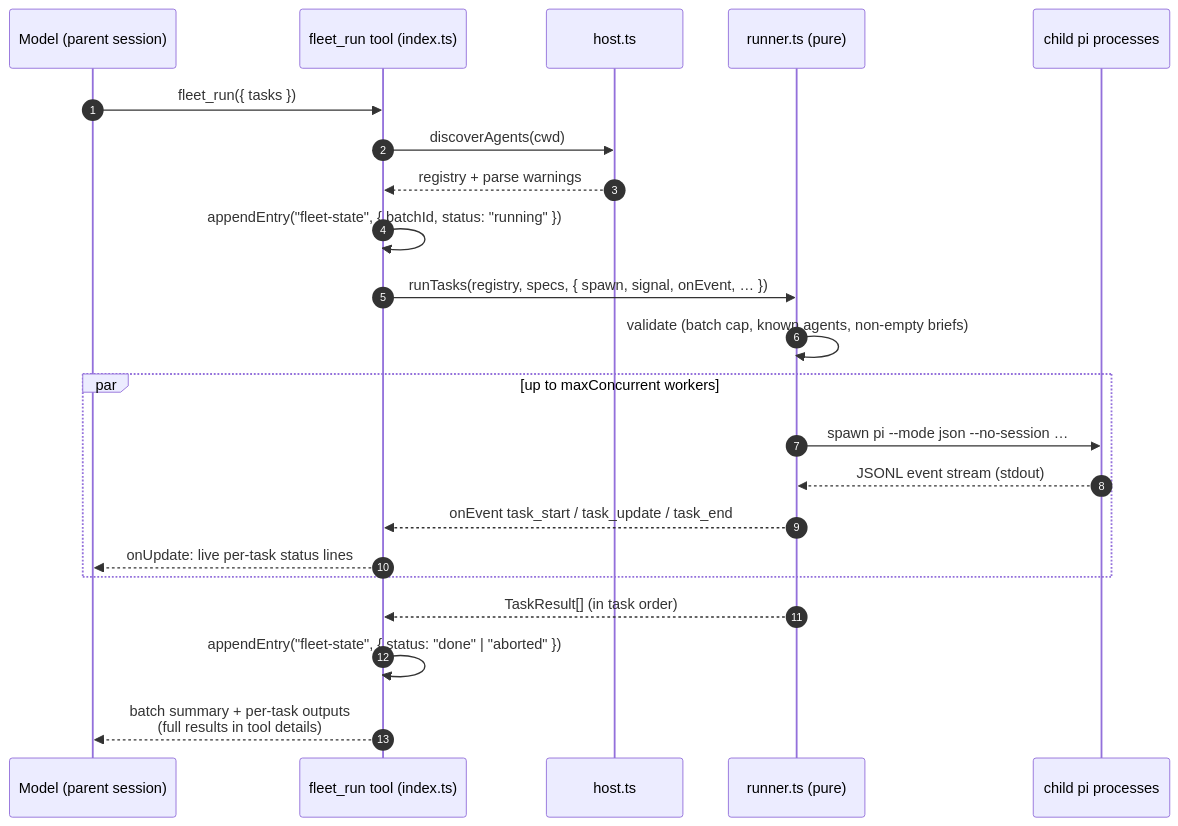
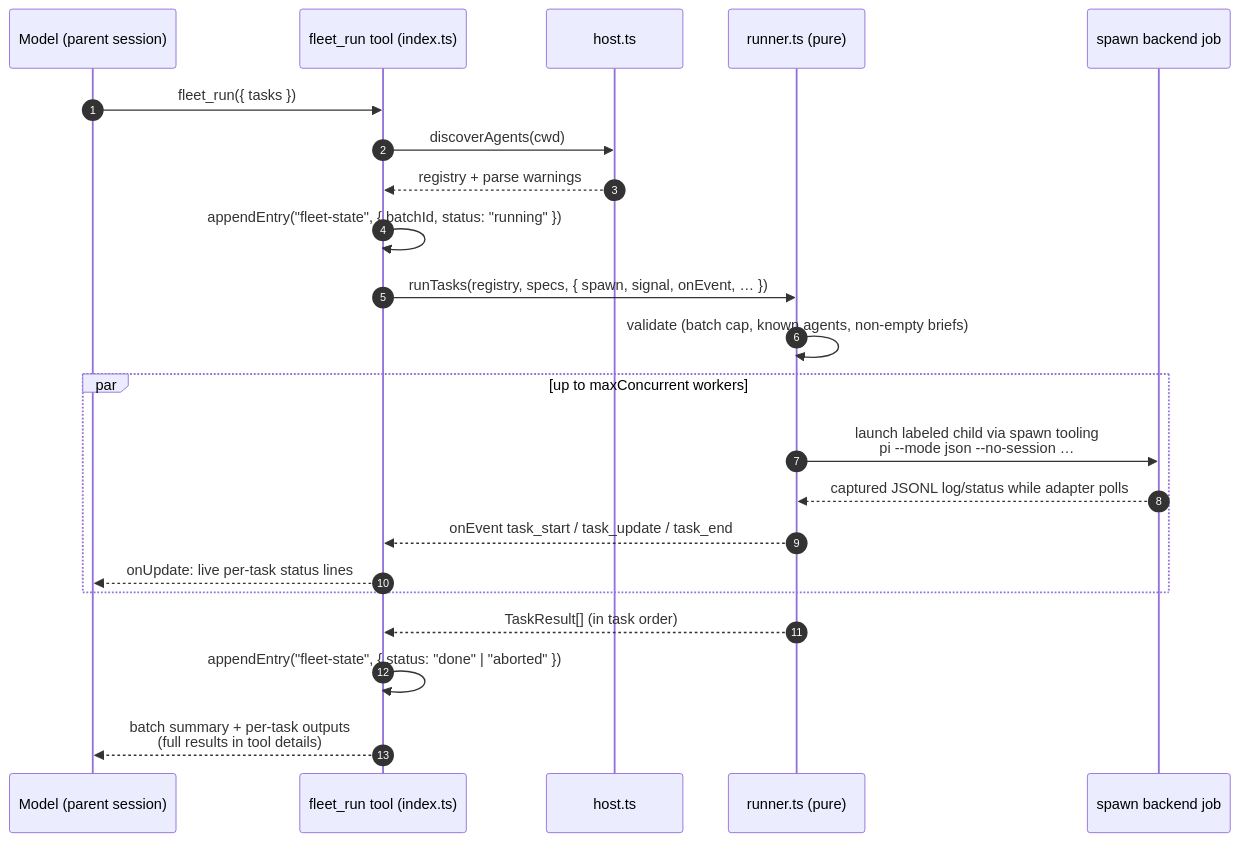
Before and after one commit to ulvestuen/pi-kit: the third of 10 diagrams in docs/fleet-architecture.md, drawn with Mermaid. The commit also changed other lines of this file and 20 other files, not shown here.

````diff
--- a/docs/fleet-architecture.md
+++ b/docs/fleet-architecture.md
@@ -127,27 +129,27 @@
 ```mermaid
 sequenceDiagram
     autonumber
     participant M as Model (parent session)
     participant T as fleet_run tool (index.ts)
     participant H as host.ts
     participant R as runner.ts (pure)
-    participant P as child pi processes
+    participant S as spawn backend job
 
     M->>T: fleet_run({ tasks })
     T->>H: discoverAgents(cwd)
     H-->>T: registry + parse warnings
     T->>T: appendEntry("fleet-state", { batchId, status: "running" })
     T->>R: runTasks(registry, specs, { spawn, signal, onEvent, … })
     R->>R: validate (batch cap, known agents, non-empty briefs)
 
     par up to maxConcurrent workers
-        R->>P: spawn pi --mode json --no-session …
-        P-->>R: JSONL event stream (stdout)
+        R->>S: launch labeled child via spawn tooling<br/>pi --mode json --no-session …
+        S-->>R: captured JSONL log/status while adapter polls
         R-->>T: onEvent task_start / task_update / task_end
         T-->>M: onUpdate: live per-task status lines
     end
 
     R-->>T: TaskResult[] (in task order)
     T->>T: appendEntry("fleet-state", { status: "done" | "aborted" })
     T-->>M: batch summary + per-task outputs<br/>(full results in tool details)
 ```
````
